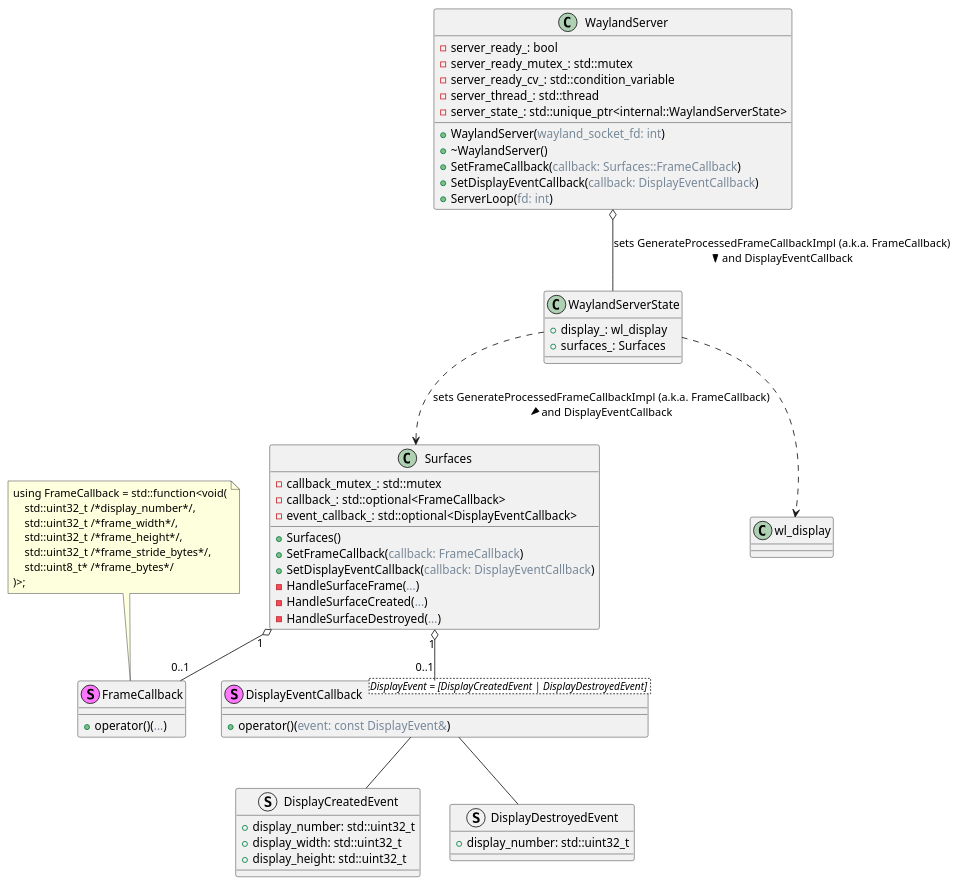
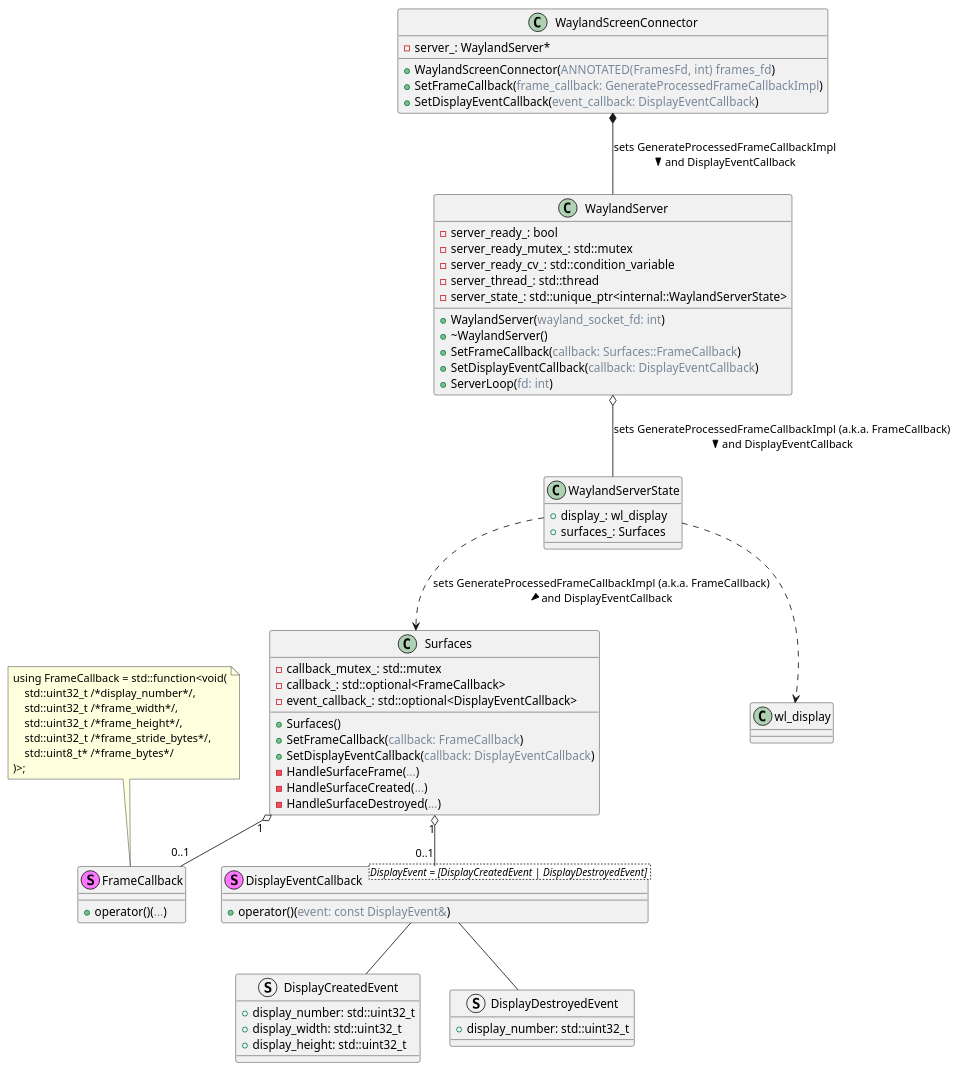
Before and after one commit to dmitvitalii/cf_diagrams: the diagram in wayland_diagram.puml, drawn with PlantUML. The commit also changed 1 other file, not shown here.

Commit message:
Rearrange Wayland objects and relations

```diff
--- a/wayland_diagram.puml
+++ b/wayland_diagram.puml
@@ -1,70 +1,78 @@
 @startuml
 
 class Surfaces {
   + Surfaces()
   + SetFrameCallback(<color:LightSlateGray>callback: FrameCallback</color>)
   + SetDisplayEventCallback(<color:LightSlateGray>callback: DisplayEventCallback</color>)
 
   - callback_mutex_: std::mutex
   - callback_: std::optional<FrameCallback>
   - event_callback_: std::optional<DisplayEventCallback>
 
   - HandleSurfaceFrame(<color:LightSlateGray>...</color>)
   - HandleSurfaceCreated(<color:LightSlateGray>...</color>)
   - HandleSurfaceDestroyed(<color:LightSlateGray>...</color>)
 }
 
+class WaylandScreenConnector {
+  -server_: WaylandServer*
+  +WaylandScreenConnector(<color:LightSlateGray>ANNOTATED(FramesFd, int) frames_fd</color>)
+  +SetFrameCallback(<color:LightSlateGray>frame_callback: GenerateProcessedFrameCallbackImpl</color>)
+  +SetDisplayEventCallback(<color:LightSlateGray>event_callback: DisplayEventCallback</color>)
+}
 
 class WaylandServer {
   -server_ready_: bool
   -server_ready_mutex_: std::mutex
   -server_ready_cv_: std::condition_variable
   -server_thread_: std::thread
   -server_state_: std::unique_ptr<internal::WaylandServerState>
   +WaylandServer(<color:LightSlateGray>wayland_socket_fd: int</color>)
   +~WaylandServer()
   +SetFrameCallback(<color:LightSlateGray>callback: Surfaces::FrameCallback</color>)
   +SetDisplayEventCallback(<color:LightSlateGray>callback: DisplayEventCallback</color>)
   +ServerLoop(<color:LightSlateGray>fd: int</color>)
 }
 
 stereotype FrameCallback {
   +operator()(<color:LightSlateGray>...</color>)
 }
 note top of FrameCallback: using FrameCallback = std::function<void(\n    std::uint32_t /*display_number*/,\n    std::uint32_t /*frame_width*/,\n    std::uint32_t /*frame_height*/,\n    std::uint32_t /*frame_stride_bytes*/,\n    std::uint8_t* /*frame_bytes*/\n)>;
 
 
 struct DisplayCreatedEvent {
   +display_number: std::uint32_t
   +display_width: std::uint32_t
   +display_height: std::uint32_t
 }
 
 struct DisplayDestroyedEvent {
   +display_number: std::uint32_t
 }
 
 stereotype DisplayEventCallback<DisplayEvent = [DisplayCreatedEvent | DisplayDestroyedEvent] > {
   +operator()(<color:LightSlateGray>event: const DisplayEvent&</color>)
 }
  
 
 class WaylandServerState {
   +display_: wl_display
   +surfaces_: Surfaces
 }
 
 
+WaylandScreenConnector *-- WaylandServer : sets GenerateProcessedFrameCallbackImpl\nand DisplayEventCallback >
+
 WaylandServer o-- WaylandServerState : sets GenerateProcessedFrameCallbackImpl (a.k.a. FrameCallback)\nand DisplayEventCallback >
 WaylandServerState ..> Surfaces : sets GenerateProcessedFrameCallbackImpl (a.k.a. FrameCallback)\nand DisplayEventCallback >
 
 WaylandServerState ..> wl_display
 
 Surfaces "1" o-- "0..1" FrameCallback
 Surfaces "1" o-- "0..1" DisplayEventCallback
 
 
 DisplayEventCallback -- DisplayCreatedEvent 
 DisplayEventCallback -- DisplayDestroyedEvent
 
 @enduml
```
